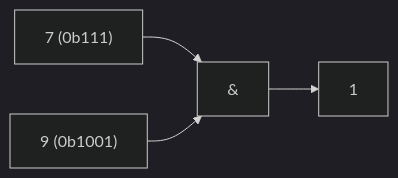
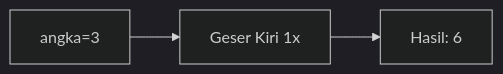
Diagram 14 of 25 in part-c-pemahaman-cpp/06-bitwise/latihan/set-08.md (amnahwaida/OSNK_INF_PREP), drawn with Mermaid (dark theme) before and after one commit. The commit also changed other lines of this file and 71 other files, not shown here.

````diff
--- a/part-c-pemahaman-cpp/06-bitwise/latihan/set-08.md
+++ b/part-c-pemahaman-cpp/06-bitwise/latihan/set-08.md
@@ -364,6 +377,5 @@
 ```mermaid
 graph LR
-A["7 (0b111)"] --> C["&"]
-B["9 (0b1001)"] --> C
-C --> D["1"]
+A["angka=3"] --> B["Geser Kiri 1x"]
+B --> C["Hasil: 6"]
 ```
````
